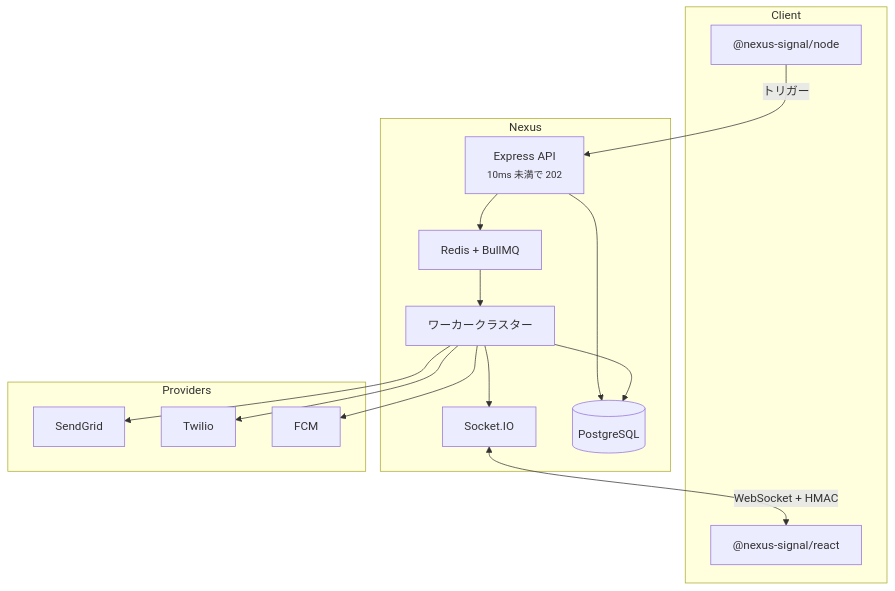
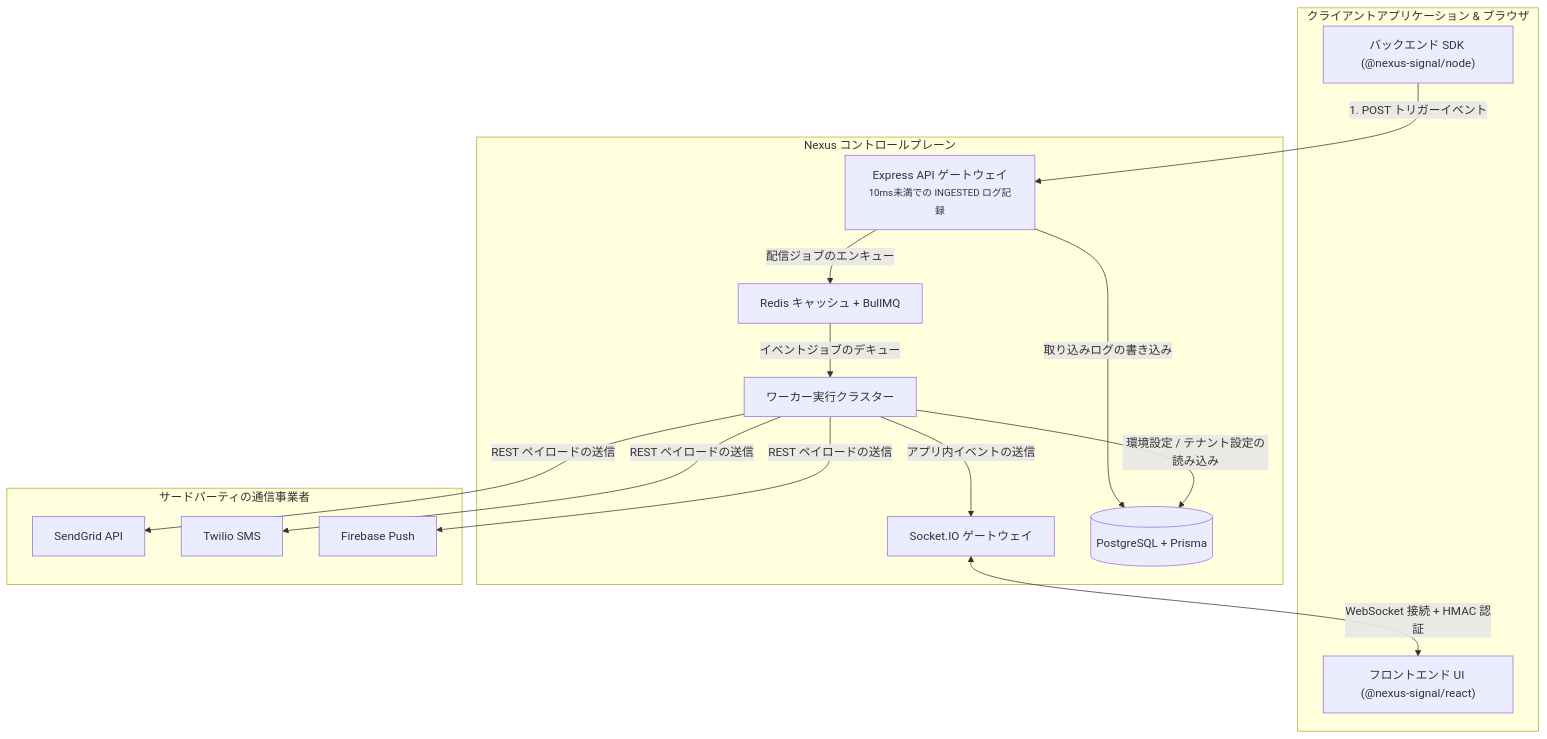
One commit to KriyanshKhunt/nexus_docs changed the diagram in content/docs/ja/platform/concepts/architecture.mdx. Above: the diagram before and after it, drawn with Mermaid. The commit also changed other lines of this file and 23 other files, not shown here.

````diff
--- a/content/docs/ja/platform/concepts/architecture.mdx
+++ b/content/docs/ja/platform/concepts/architecture.mdx
@@ -8,30 +14,30 @@
 ```mermaid
 flowchart TB
-  subgraph Client
-    SDK["@nexus-signal/node"]
-    UI["@nexus-signal/react"]
+  subgraph Client [クライアントアプリケーション & ブラウザ]
+    SDK["バックエンド SDK (@nexus-signal/node)"]
+    UI["フロントエンド UI (@nexus-signal/react)"]
   end
 
-  subgraph Nexus
-    API["Express API<br/><small>10ms 未満で 202</small>"]
-    Q["Redis + BullMQ"]
-    W["ワーカークラスター"]
-    WS["Socket.IO"]
-    DB[(PostgreSQL)]
+  subgraph Nexus [Nexus コントロールプレーン]
+    API["Express API ゲートウェイ<br/><small>10ms未満での INGESTED ログ記録</small>"]
+    Q["Redis キャッシュ + BullMQ"]
+    W["ワーカー実行クラスター"]
+    WS["Socket.IO ゲートウェイ"]
+    DB[(PostgreSQL + Prisma)]
   end
 
-  subgraph Providers
-    SG[SendGrid]
-    TW[Twilio]
-    FCM[FCM]
+  subgraph Providers [サードパーティの通信事業者]
+    SG[SendGrid API]
+    TW[Twilio SMS]
+    FCM[Firebase Push]
   end
 
-  SDK -->|トリガー| API
-  API --> DB
-  API --> Q
-  Q --> W
-  W --> DB
-  W --> SG & TW & FCM
-  W --> WS
-  WS <-->|WebSocket + HMAC| UI
+  SDK -->|1. POST トリガーイベント| API
+  API -->|取り込みログの書き込み| DB
+  API -->|配信ジョブのエンキュー| Q
+  Q -->|イベントジョブのデキュー| W
+  W -->|環境設定 / テナント設定の読み込み| DB
+  W -->|REST ペイロードの送信| SG & TW & FCM
+  W -->|アプリ内イベントの送信| WS
+  WS <-->|WebSocket 接続 + HMAC 認証| UI
 ```
````
